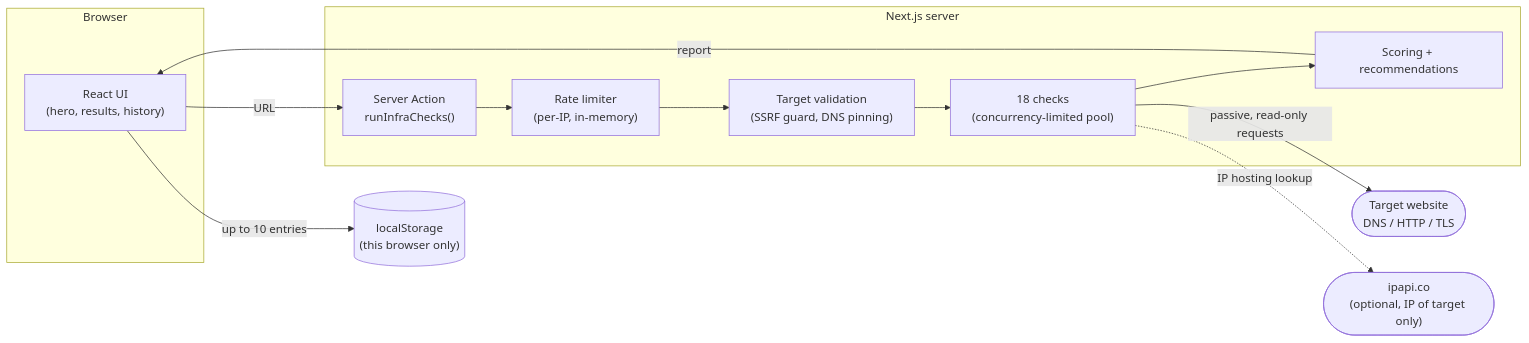
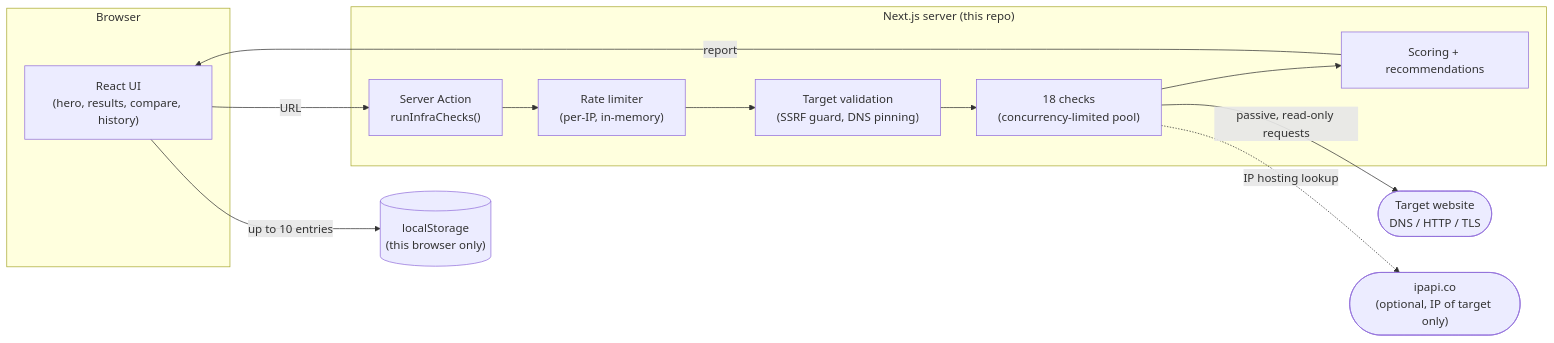
One commit to Randy-R-code/randy-code changed the diagram in docs/infralens/README.md. Above: the diagram before and after it, drawn with Mermaid. The commit also changed other lines of this file and 110 other files, not shown here.

````diff
--- a/docs/infralens/README.md
+++ b/docs/infralens/README.md
@@ -183,26 +31,26 @@
 ```mermaid
 flowchart LR
     subgraph Browser
-        UI["React UI\n(hero, results, history)"]
+        UI["React UI\n(hero, results, compare, history)"]
     end
-    subgraph "Next.js server"
+    subgraph "Next.js server (this repo)"
         SA["Server Action\nrunInfraChecks()"]
         RL["Rate limiter\n(per-IP, in-memory)"]
         SSRF["Target validation\n(SSRF guard, DNS pinning)"]
         Checks["18 checks\n(concurrency-limited pool)"]
         Score["Scoring + recommendations"]
     end
     Target(["Target website\nDNS / HTTP / TLS"])
     ipapi(["ipapi.co\n(optional, IP of target only)"])
     LocalStorage[("localStorage\n(this browser only)")]
 
     UI -- "URL" --> SA
     SA --> RL
     RL --> SSRF
     SSRF --> Checks
     Checks -- "passive, read-only requests" --> Target
     Checks -.->|"IP hosting lookup"| ipapi
     Checks --> Score
     Score -- "report" --> UI
     UI -- "up to 10 entries" --> LocalStorage
 ```
````
